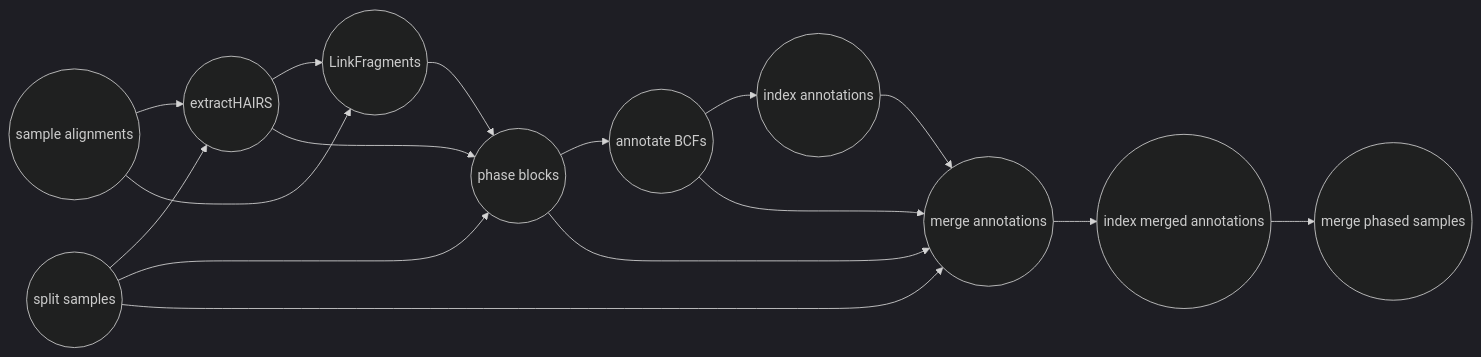
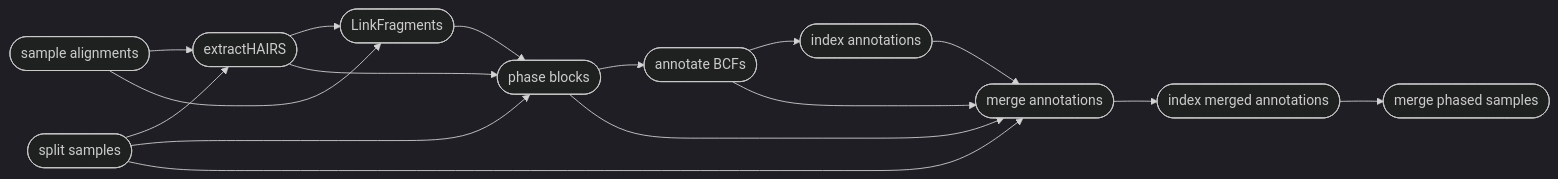
One commit to pdimens/harpy changed the diagram in Modules/phasing.md. Above: the diagram before and after it, drawn with Mermaid (dark theme). The commit also changed 4 other files, not shown here.

````diff
--- a/Modules/phasing.md
+++ b/Modules/phasing.md
@@ -46,18 +46,18 @@
 ```mermaid
 graph LR
-    A((split samples)) --> B((extractHAIRS))
-    B-->C((LinkFragments))
-    Z((sample alignments)) --> B
+    A([split samples]) --> B([extractHAIRS])
+    B-->C([LinkFragments])
+    Z([sample alignments]) --> B
     Z-->C
-    C-->D((phase blocks))
+    C-->D([phase blocks])
     B-->D
     A-->D
-    D-->E((annotate BCFs))
-    E-->F((index annotations))
-    F-->G((merge annotations))
+    D-->E([annotate BCFs])
+    E-->F([index annotations])
+    F-->G([merge annotations])
     E-->G
     A-->G
     D-->G
-    G-->H((index merged annotations))
-    H-->I((merge phased samples))
+    G-->H([index merged annotations])
+    H-->I([merge phased samples])
 ```
````
